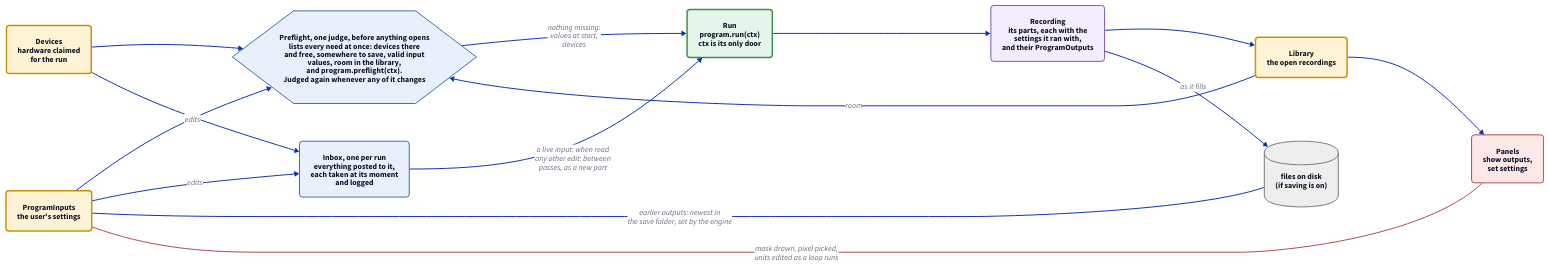
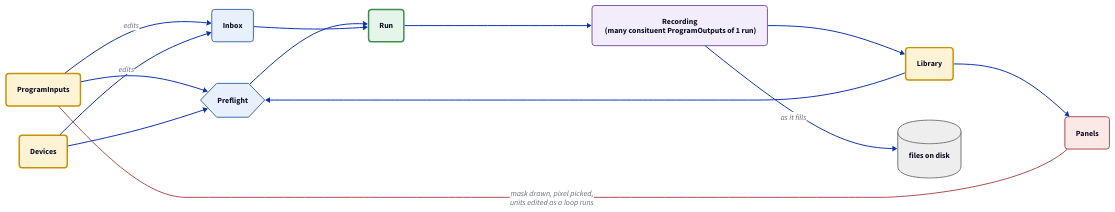
One commit to FishyIshyFishy/pyrpoc changed the diagram in docs/diagrams/core.d2. Above: the diagram before and after it, drawn with D2. The commit also changed 10 other files, not shown here.

```diff
--- a/docs/diagrams/core.d2
+++ b/docs/diagrams/core.d2
@@ -1,42 +1,41 @@
 # Board 1 of 2: what flows into a program and what comes out. See nouns.d2 for the nouns.
 direction: right
 
 classes: {
   coll: {style: {fill: "#fff3d6"; stroke: "#c79200"; stroke-width: 3; border-radius: 6}}
   prog: {style: {fill: "#e6f5e9"; stroke: "#3c8d4f"; stroke-width: 3; border-radius: 6}}
   inbox: {style: {fill: "#e8f0fb"; stroke: "#3b6db3"; stroke-width: 2; border-radius: 6}}
   val: {style: {fill: "#f3ecfa"; stroke: "#7e57a8"; border-radius: 6}}
   view: {style: {fill: "#fde8e8"; stroke: "#b04a4a"; border-radius: 6}}
   disk: {shape: cylinder; style: {fill: "#eeeeee"; stroke: "#777777"}}
   check: {shape: hexagon; style: {fill: "#e8f0fb"; stroke: "#3b6db3"}}
 }
 
-settings: "ProgramInputs\nthe user's settings" {class: coll}
-devices: "Devices\nhardware claimed\nfor the run" {class: coll}
+settings: "ProgramInputs" {class: coll}
+devices: "Devices" {class: coll}
 
-inbox: "Inbox, one per run\neverything posted to it,\neach taken at its moment\nand logged" {class: inbox}
+inbox: "Inbox" {class: inbox}
 
-preflight: "Preflight, one judge, before anything opens\nlists every need at once: devices there\nand free, somewhere to save, valid input\nvalues, room in the library,\nand program.preflight(ctx).\nJudged again whenever any of it changes" {class: check}
+preflight: "Preflight" {class: check}
 
-run: "Run\nprogram.run(ctx)\nctx is its only door" {class: prog}
+run: "Run" {class: prog}
 
-recording: "Recording\nits parts, each with the\nsettings it ran with,\nand their ProgramOutputs" {class: val}
-library: "Library\nthe open recordings" {class: coll}
-files: "files on disk\n(if saving is on)" {class: disk}
-panels: "Panels\nshow outputs,\nset settings" {class: view}
+recording: "Recording\n (many consituent ProgramOutputs of 1 run)" {class: val}
+library: "Library" {class: coll}
+files: "files on disk" {class: disk}
+panels: "Panels" {class: view}
 
 settings -> preflight
 devices -> preflight
-library -> preflight: "room"
-preflight -> run: "nothing missing:\nvalues at start,\ndevices"
+library -> preflight
+preflight -> run
 
 settings -> inbox: "edits"
 devices -> inbox: "edits"
-inbox -> run: "a live input: when read\nany other edit: between\npasses, as a new part"
+inbox -> run
 
 run -> recording
 recording -> library
 recording -> files: "as it fills"
-settings -- files: "earlier outputs: newest in\nthe save folder, set by the engine" {source-arrowhead.shape: triangle}
 library -> panels
 settings -- panels: "mask drawn, pixel picked,\nunits edited as a loop runs" {source-arrowhead.shape: triangle; style.stroke: "#b04a4a"}
```
